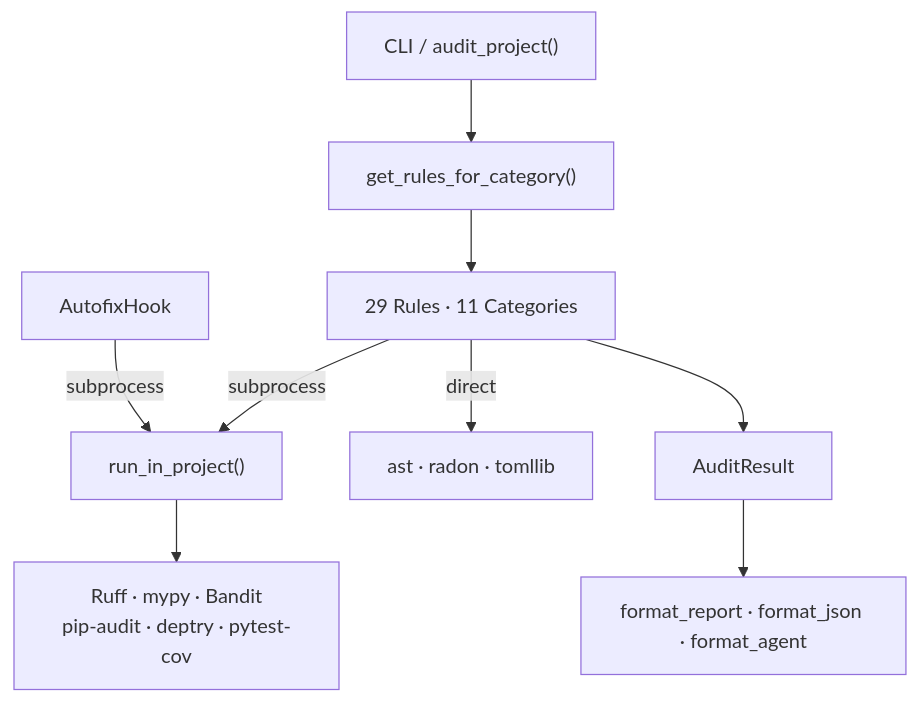
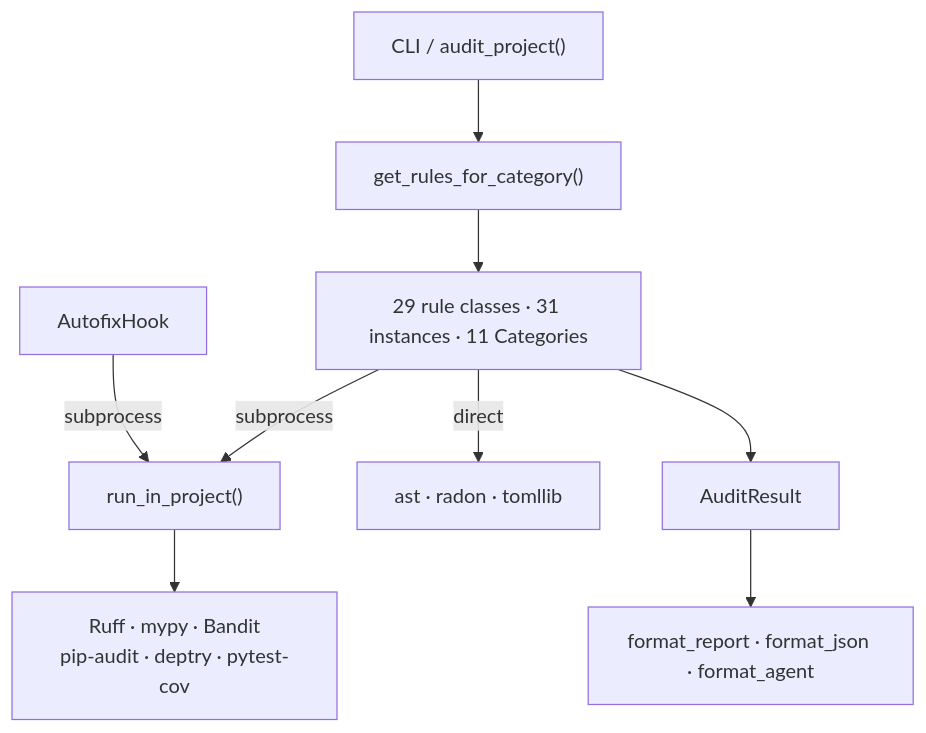
Before and after one commit to axm-protocols/axm-forge: the first of 2 diagrams in packages/axm-audit/docs/explanation/architecture.md, drawn with Mermaid. The commit also changed other lines of this file and 1 other file, not shown here.

First line of the commit message:
docs(axm-audit): fix rule count and stale test references

````diff
--- a/packages/axm-audit/docs/explanation/architecture.md
+++ b/packages/axm-audit/docs/explanation/architecture.md
@@ -7,11 +7,11 @@
 ```mermaid
 graph TB
     API["CLI / audit_project()"] --> Auditor["get_rules_for_category()"]
-    Auditor --> Rules["29 Rules · 11 Categories"]
+    Auditor --> Rules["29 rule classes · 31 instances · 11 Categories"]
     Rules -->|subprocess| Runner["run_in_project()"]
     Rules -->|direct| AST["ast · radon · tomllib"]
     Runner --> Tools["Ruff · mypy · Bandit\npip-audit · deptry · pytest-cov"]
     Hooks["AutofixHook"] -->|subprocess| Runner
     Rules --> Result["AuditResult"]
     Result --> Fmt["format_report · format_json · format_agent"]
 ```
````
